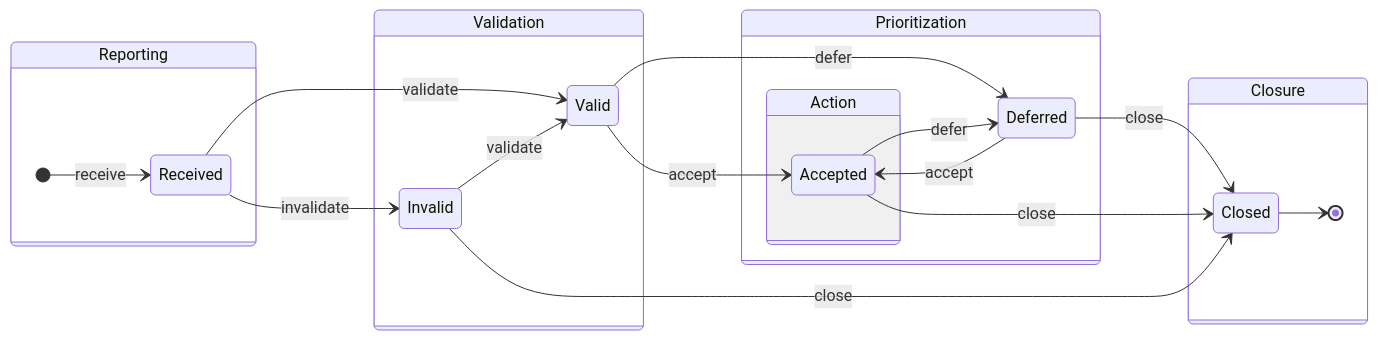
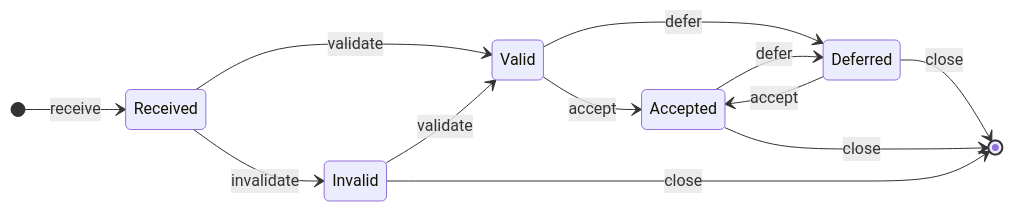
Before and after one commit to CERTCC/Vultron: the diagram in docs/process_models/rm/rm_state_machine_diagram.md, drawn with Mermaid.

Commit message:
simplify diagram

````diff
--- a/docs/process_models/rm/rm_state_machine_diagram.md
+++ b/docs/process_models/rm/rm_state_machine_diagram.md
@@ -1,34 +1,21 @@
 ```mermaid
 stateDiagram-v2
     direction LR
-    state Reporting {
-        R: Received
-        [*] --> R : receive
-    }
-    state Validation {
-        I: Invalid
-        V: Valid
-    }
-    state Prioritization {   
-        D: Deferred
-        state Action {
-            A: Accepted
-        }
-    }
-    
-    state Closure {
-        C: Closed
-        C --> [*]
-    }
+    R: Received
+    I: Invalid
+    V: Valid
+    D: Deferred
+    A: Accepted
 
+    [*] --> R : receive
     R --> I: invalidate
     R --> V : validate
     I --> V : validate
     V --> A : accept
     V --> D : defer
     A --> D : defer
     D --> A : accept
-    D --> C : close
-    A --> C : close
-    I --> C : close
+    D --> [*] : close
+    A --> [*] : close
+    I --> [*] : close
 ```
````
